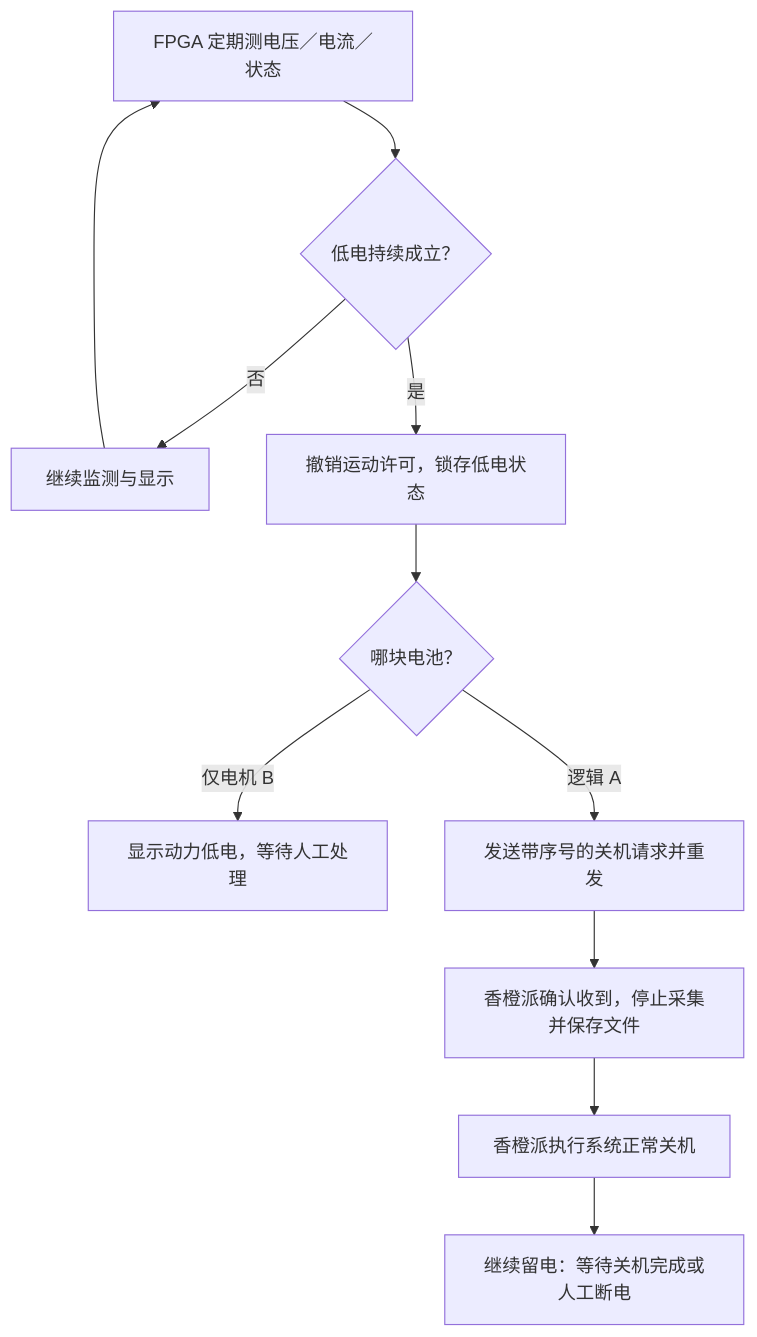
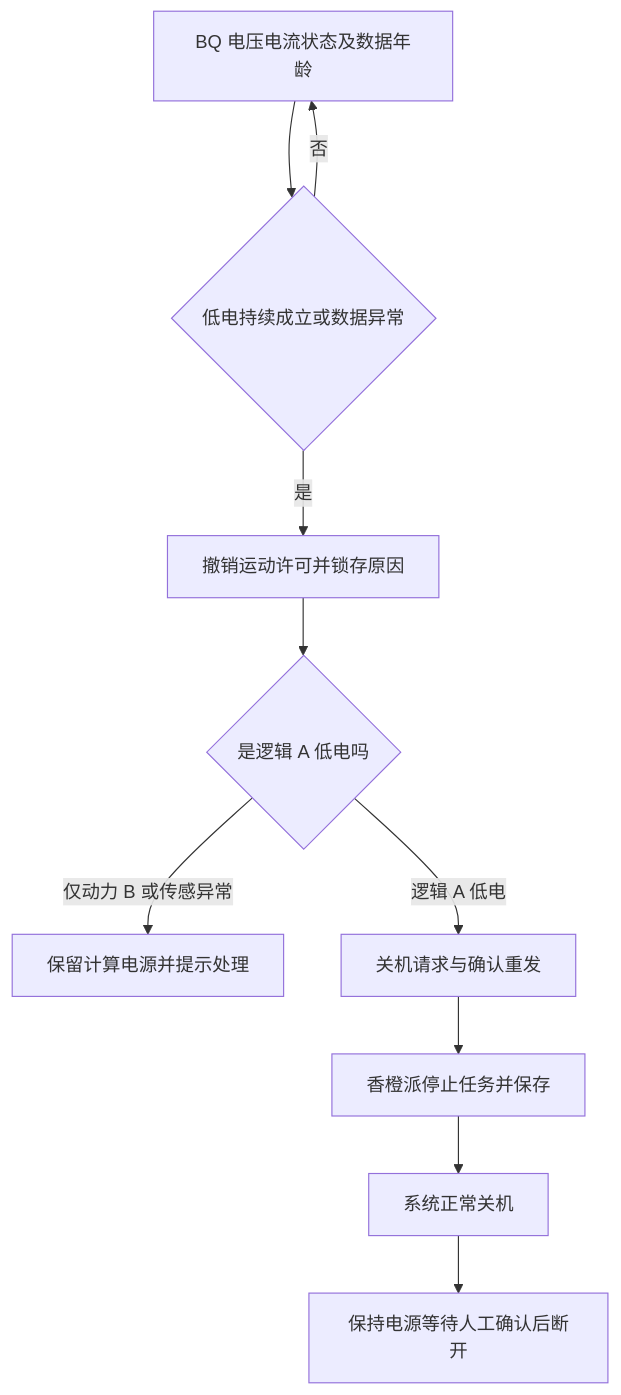
Before and after one commit to Vera-loves-program/acg720-vision-robot: the third of 3 diagrams in docs/扩展板规划.md, drawn with Mermaid. The commit also changed other lines of this file, not shown here.

````diff
--- a/docs/扩展板规划.md
+++ b/docs/扩展板规划.md
@@ -486,13 +572,12 @@
 ```mermaid
 flowchart TD
-  SAMPLE[FPGA 定期测电压／电流／状态] --> CHECK{低电持续成立？}
-  CHECK -->|否| RUN[继续监测与显示]
-  RUN --> SAMPLE
-  CHECK -->|是| STOP[撤销运动许可，锁存低电状态]
-  STOP --> WHICH{哪块电池？}
-  WHICH -->|仅电机 B| WARN[显示动力低电，等待人工处理]
-  WHICH -->|逻辑 A| REQ[发送带序号的关机请求并重发]
-  REQ --> ACK[香橙派确认收到，停止采集并保存文件]
-  ACK --> HALT[香橙派执行系统正常关机]
-  HALT --> WAIT[继续留电：等待关机完成或人工断电]
+  SAMPLE[BQ 电压电流状态及数据年龄] --> LOW{低电持续成立或数据异常}
+  LOW -->|否| SAMPLE
+  LOW -->|是| STOP[撤销运动许可并锁存原因]
+  STOP --> BAT{是逻辑 A 低电吗}
+  BAT -->|仅动力 B 或传感异常| WARN[保留计算电源并提示处理]
+  BAT -->|逻辑 A 低电| REQ[关机请求与确认重发]
+  REQ --> SAVE[香橙派停止任务并保存]
+  SAVE --> SHUT[系统正常关机]
+  SHUT --> KEEP[保持电源等待人工确认后断开]
 ```
````
